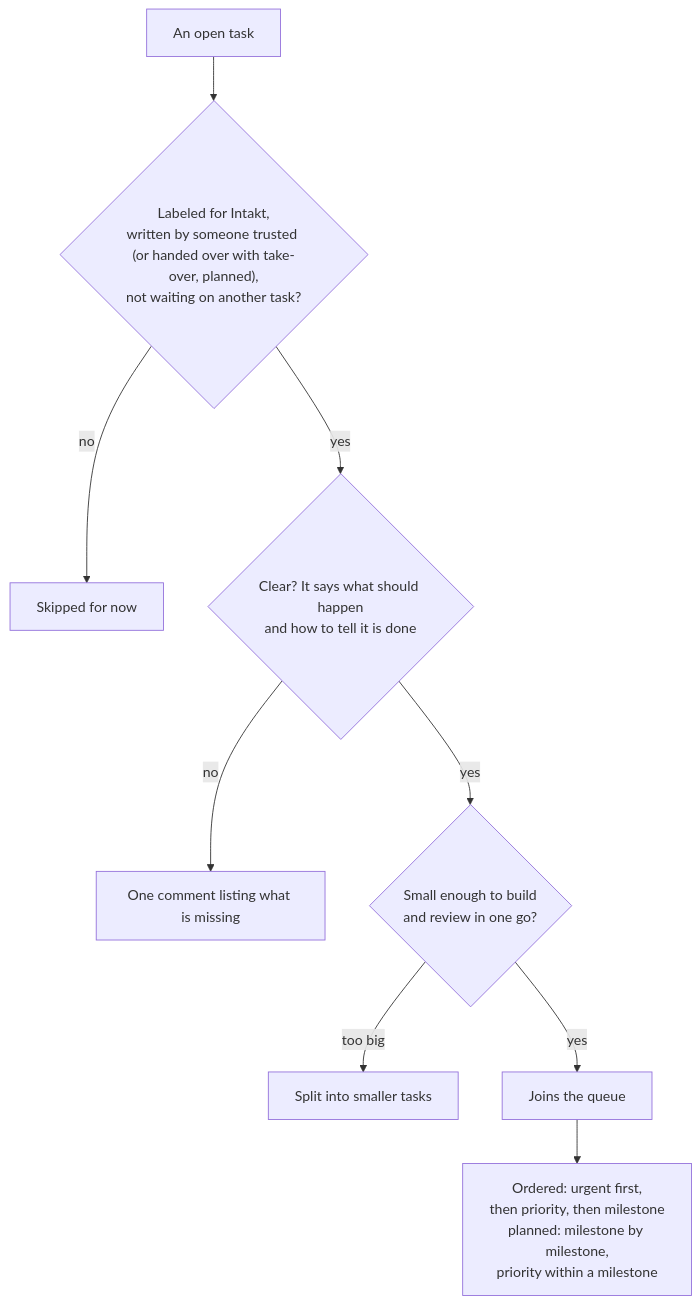
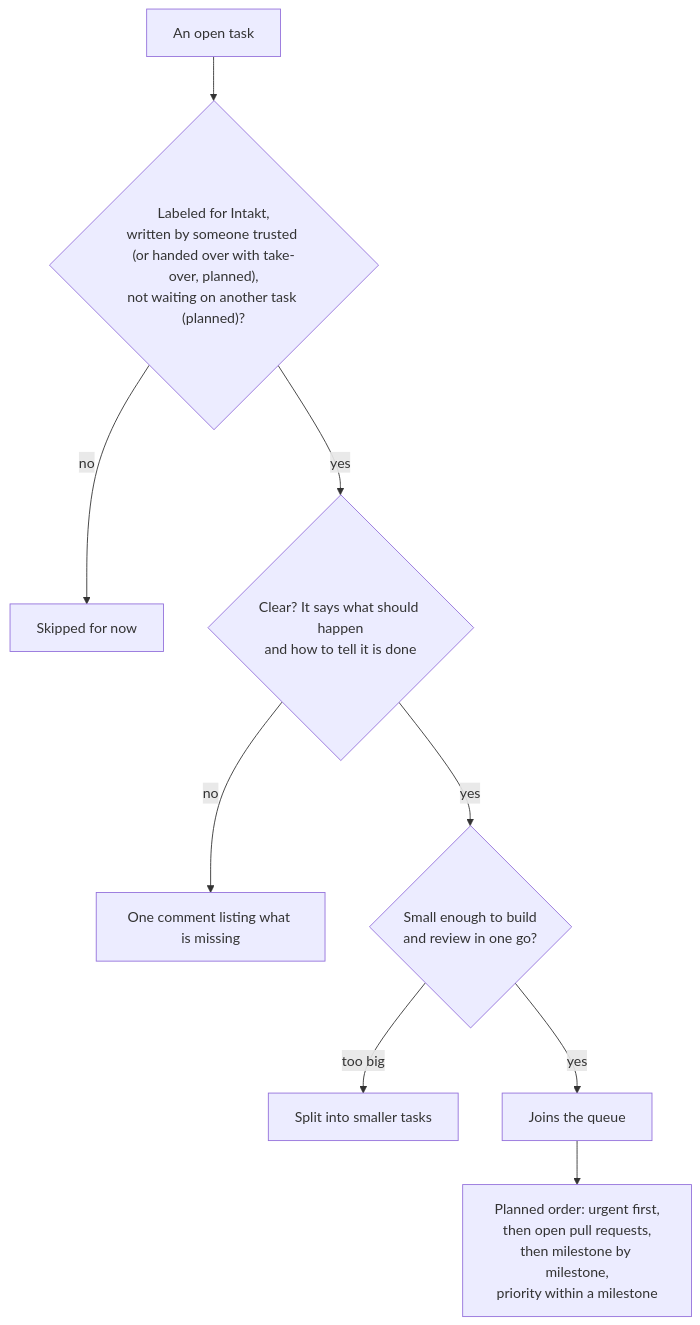
Before and after one commit to shinyredapples/intakt: the second of 5 diagrams in docs/guide/the-journey-of-a-task.md, drawn with Mermaid. The commit also changed other lines of this file and 6 other files, not shown here.

Commit message:
docs(queue): define the milestone tie-break and mark planned queue order in the guides

````diff
--- a/docs/guide/the-journey-of-a-task.md
+++ b/docs/guide/the-journey-of-a-task.md
@@ -20,11 +20,11 @@
 ```mermaid
 flowchart TD
-  t[An open task] --> e{"Labeled for Intakt,<br/>written by someone trusted (or handed over with take-over, planned),<br/>not waiting on another task?"}
+  t[An open task] --> e{"Labeled for Intakt,<br/>written by someone trusted (or handed over with take-over, planned),<br/>not waiting on another task (planned)?"}
   e -- no --> skip[Skipped for now]
   e -- yes --> r{Clear? It says what should happen<br/>and how to tell it is done}
   r -- no --> ask[One comment listing what is missing]
   r -- yes --> s{Small enough to build<br/>and review in one go?}
   s -- too big --> split[Split into smaller tasks]
   s -- yes --> q[Joins the queue]
-  q --> order[Ordered: urgent first,<br/>then priority, then milestone<br/>planned: milestone by milestone,<br/>priority within a milestone]
+  q --> order[Planned order: urgent first,<br/>then open pull requests,<br/>then milestone by milestone,<br/>priority within a milestone]
 ```
````
